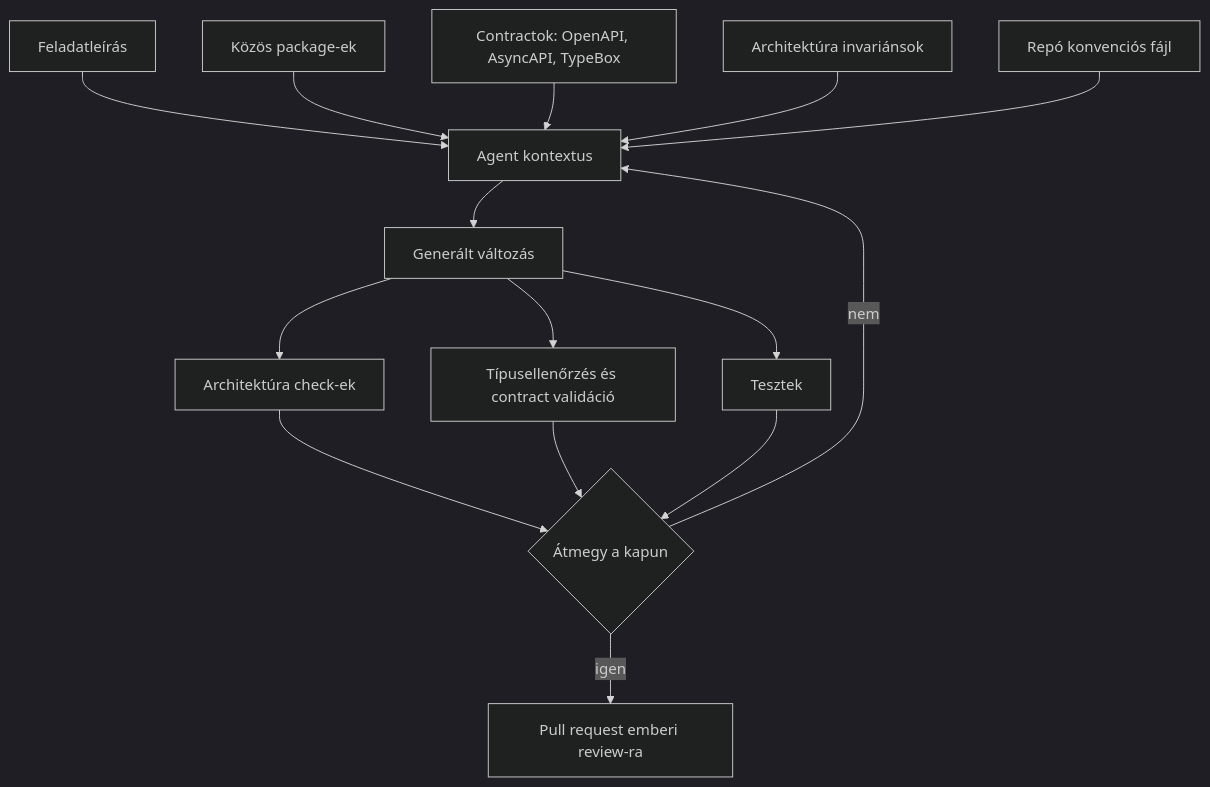
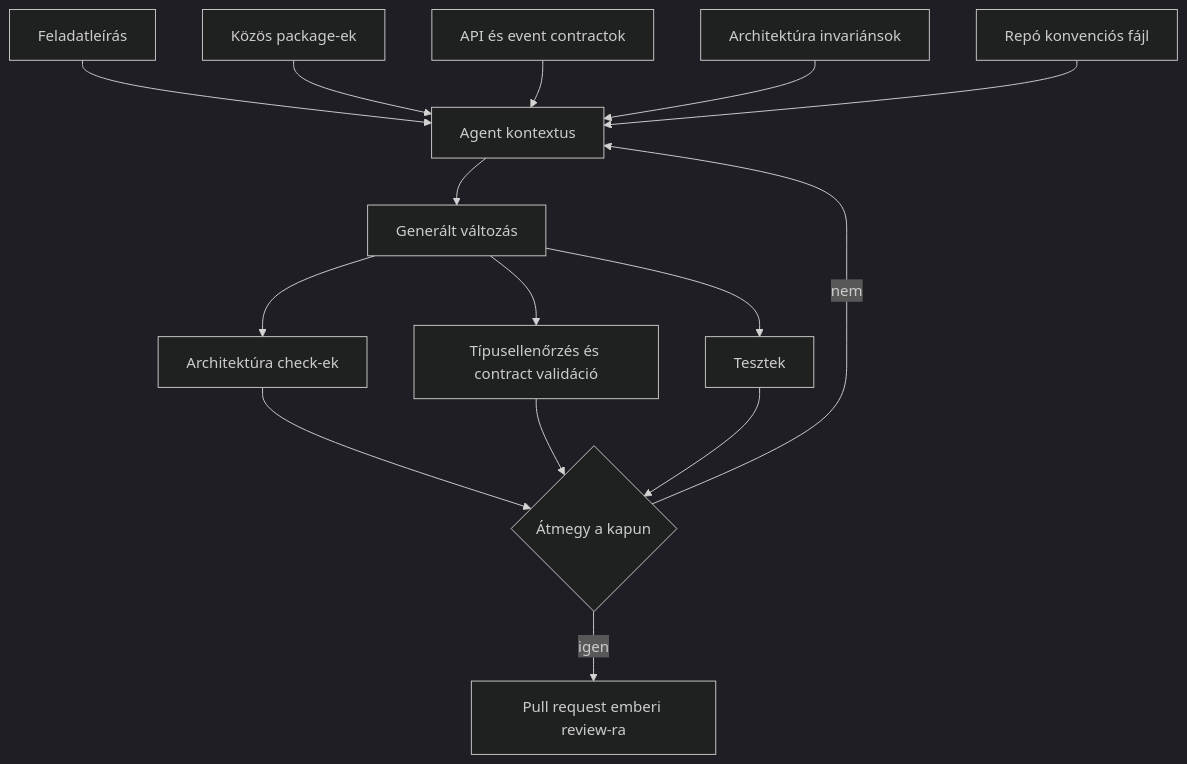
One commit to monad-systems/monad.hu changed the first of 2 diagrams in posts/hu/building-blocks-ai-native-development.md. Above: the diagram before and after it, drawn with Mermaid (dark theme). The commit also changed other lines of this file and 1 other file, not shown here.

````diff
--- a/posts/hu/building-blocks-ai-native-development.md
+++ b/posts/hu/building-blocks-ai-native-development.md
@@ -98,17 +98,17 @@
 ```mermaid
 flowchart TD
     A[Feladatleírás] --> Z[Agent kontextus]
     B[Közös package-ek] --> Z
-    C[Contractok: OpenAPI, AsyncAPI, TypeBox] --> Z
+    C[API és event contractok] --> Z
     D[Architektúra invariánsok] --> Z
     E[Repó konvenciós fájl] --> Z
     Z --> F[Generált változás]
     F --> G[Architektúra check-ek]
     F --> H[Típusellenőrzés és contract validáció]
     F --> I[Tesztek]
     G --> J{Átmegy a kapun}
     H --> J
     I --> J
     J -->|nem| Z
     J -->|igen| K[Pull request emberi review-ra]
 ```
````
